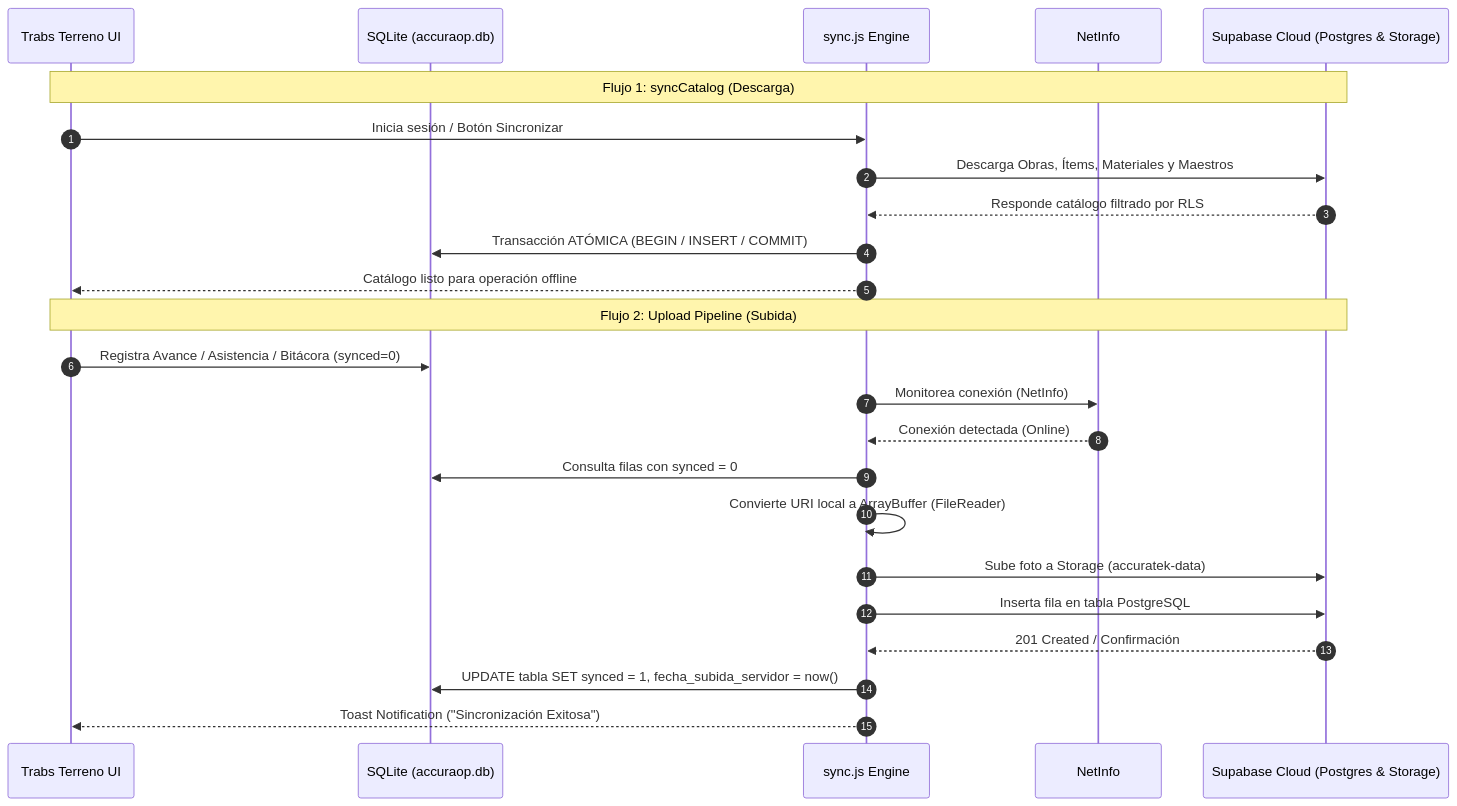
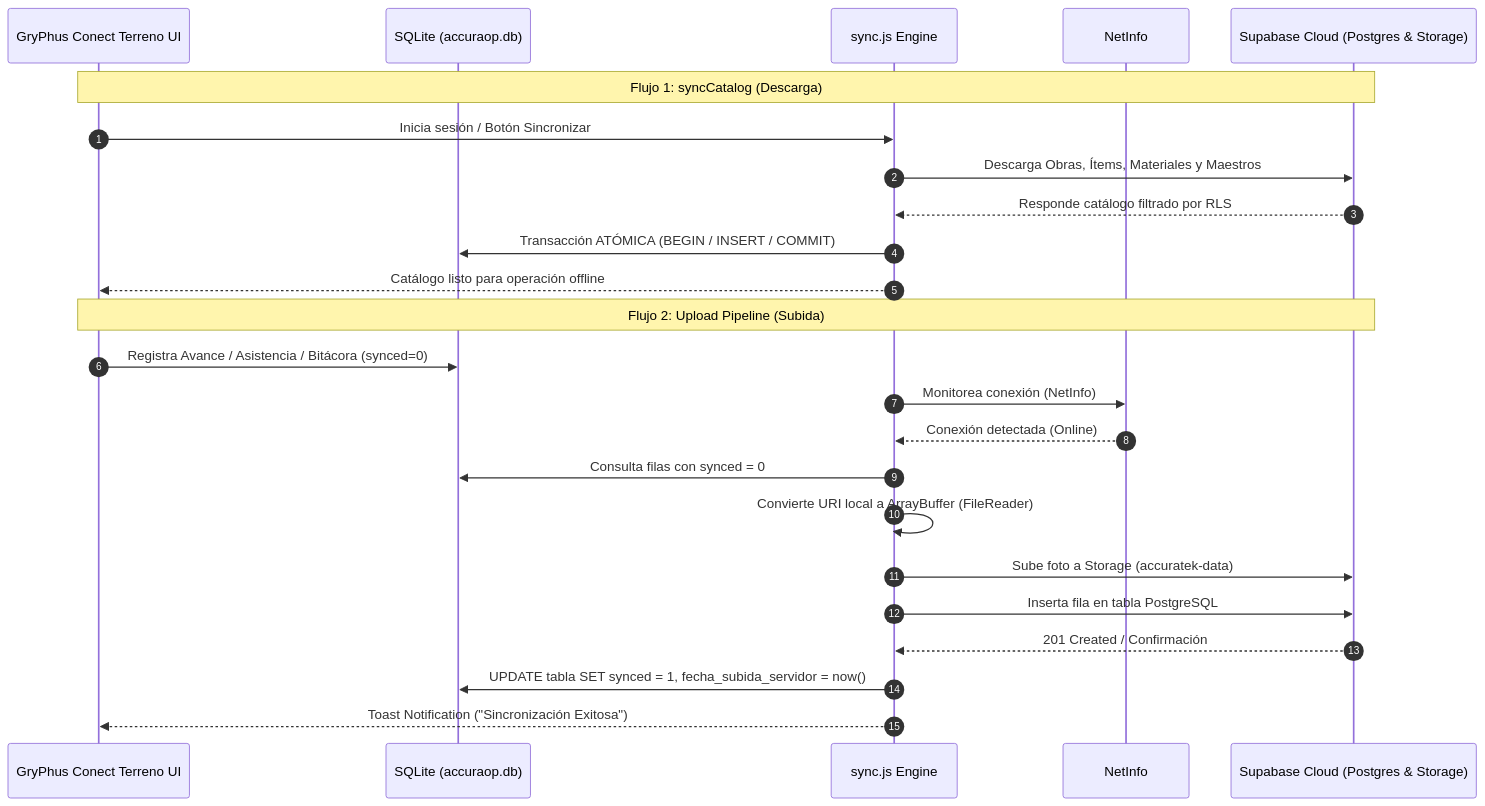
One commit to pancholavinf/GryPhus-Conect changed the first of 2 diagrams in INFO PROYECTO/contexto_app_movil.md. Above: the diagram before and after it, drawn with Mermaid. The commit also changed other lines of this file and 223 other files, not shown here.

````diff
--- a/INFO PROYECTO/contexto_app_movil.md
+++ b/INFO PROYECTO/contexto_app_movil.md
@@ -101,28 +101,28 @@
 ```mermaid
 sequenceDiagram
     autonumber
-    participant App as Trabs Terreno UI
+    participant App as GryPhus Conect Terreno UI
     participant SQLite as SQLite (accuraop.db)
     participant Sync as sync.js Engine
     participant Net as NetInfo
     participant Cloud as Supabase Cloud (Postgres & Storage)
 
     Note over App,Cloud: Flujo 1: syncCatalog (Descarga)
     App->>Sync: Inicia sesión / Botón Sincronizar
     Sync->>Cloud: Descarga Obras, Ítems, Materiales y Maestros
     Cloud-->>Sync: Responde catálogo filtrado por RLS
     Sync->>SQLite: Transacción ATÓMICA (BEGIN / INSERT / COMMIT)
     Sync-->>App: Catálogo listo para operación offline
 
     Note over App,Cloud: Flujo 2: Upload Pipeline (Subida)
     App->>SQLite: Registra Avance / Asistencia / Bitácora (synced=0)
     Sync->>Net: Monitorea conexión (NetInfo)
     Net-->>Sync: Conexión detectada (Online)
     Sync->>SQLite: Consulta filas con synced = 0
     Sync->>Sync: Convierte URI local a ArrayBuffer (FileReader)
     Sync->>Cloud: Sube foto a Storage (accuratek-data)
     Sync->>Cloud: Inserta fila en tabla PostgreSQL
     Cloud-->>Sync: 201 Created / Confirmación
     Sync->>SQLite: UPDATE tabla SET synced = 1, fecha_subida_servidor = now()
     Sync-->>App: Toast Notification ("Sincronización Exitosa")
 ```
````
